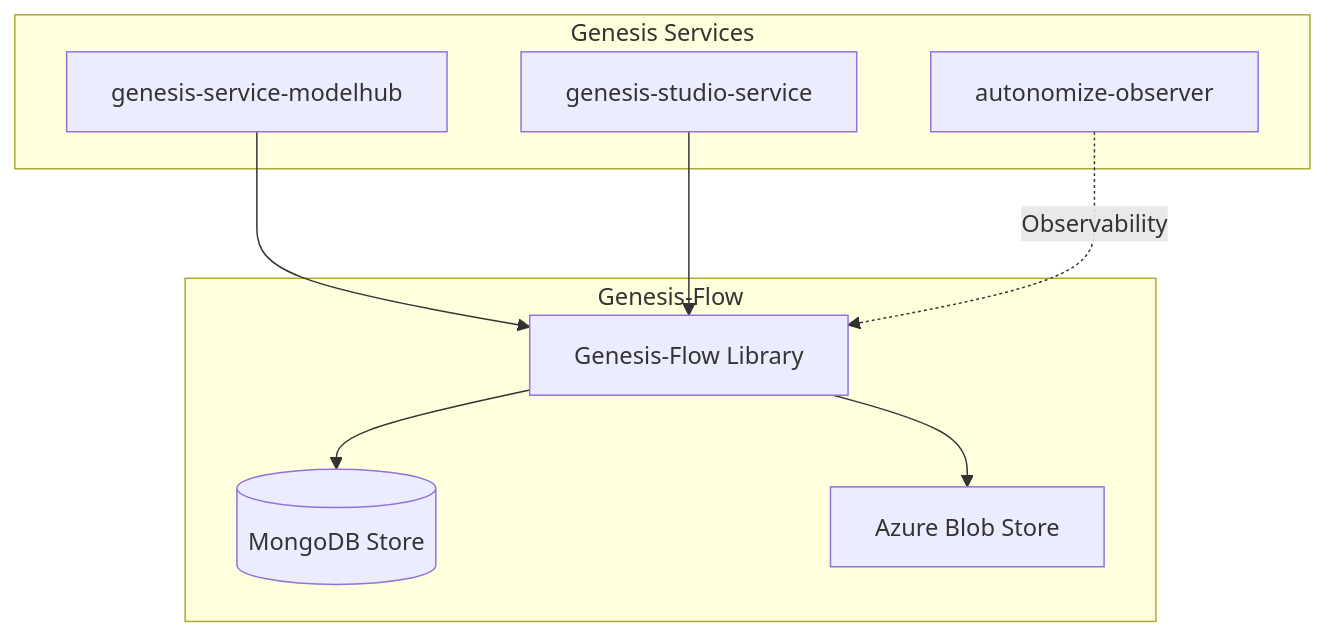
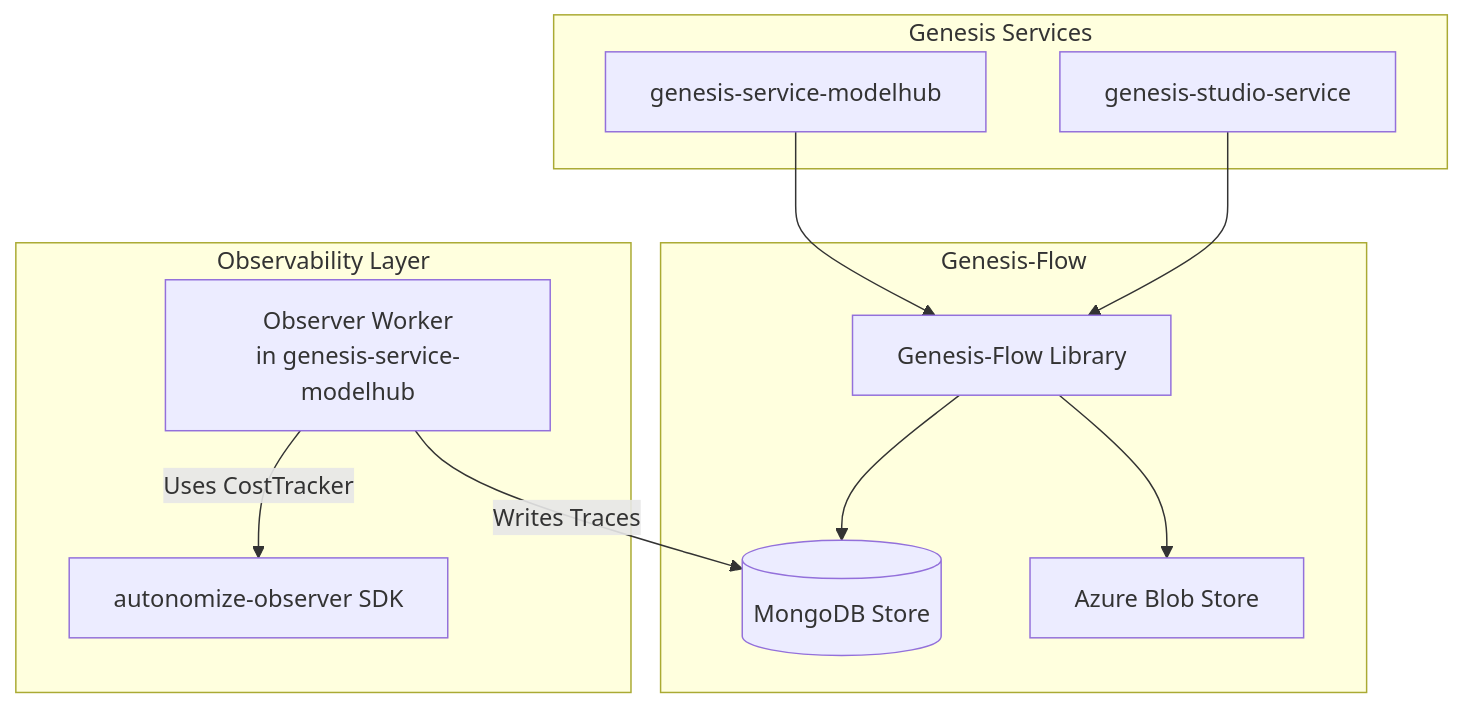
One commit to mlflow/mlflow changed diagram 13 of 15 in GENESIS_FLOW_ARCHITECTURE.md. Above: the diagram before and after it, drawn with Mermaid. The commit also changed other lines of this file and 1 other file, not shown here.

Commit message:
Add Genesis Platform microservices architecture and fix observability integration
- Fix autonomize-observer integration in Genesis-Flow architecture (uses CostTracker, not Genesis-Flow)
- Add comprehensive microservices architecture document
- Propose splitting monolithic genesis-service-modelhub into 9 specialized services
- Include high-performance Go services for metrics, events, and secrets
- Detail worker architecture with Python and Go workers
- Provide migration strategy using strangler fig pattern
- Include deployment, monitoring, and cost optimization strategies

````diff
--- a/GENESIS_FLOW_ARCHITECTURE.md
+++ b/GENESIS_FLOW_ARCHITECTURE.md
@@ -391,20 +391,26 @@
 ```mermaid
 graph TD
     subgraph "Genesis Services"
         GS[genesis-service-modelhub]
         GSS[genesis-studio-service]
-        OBS[autonomize-observer]
     end
     
     subgraph "Genesis-Flow"
         GF[Genesis-Flow Library]
         MDB[(MongoDB Store)]
         ABS[Azure Blob Store]
     end
     
+    subgraph "Observability Layer"
+        OBS[autonomize-observer SDK]
+        WRK[Observer Worker<br/>in genesis-service-modelhub]
+    end
+    
     GS --> GF
     GSS --> GF
-    OBS -.->|Observability| GF
     GF --> MDB
     GF --> ABS
+    
+    WRK -->|Uses CostTracker| OBS
+    WRK -->|Writes Traces| MDB
 ```
````
